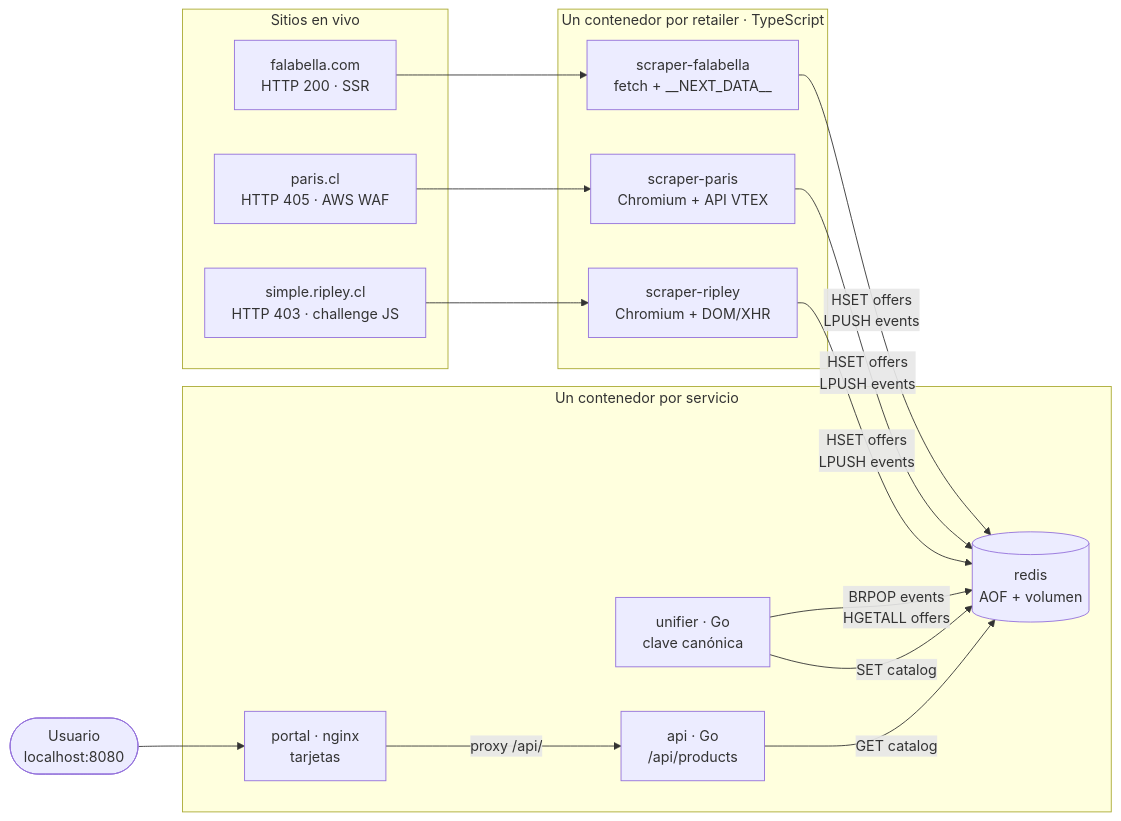
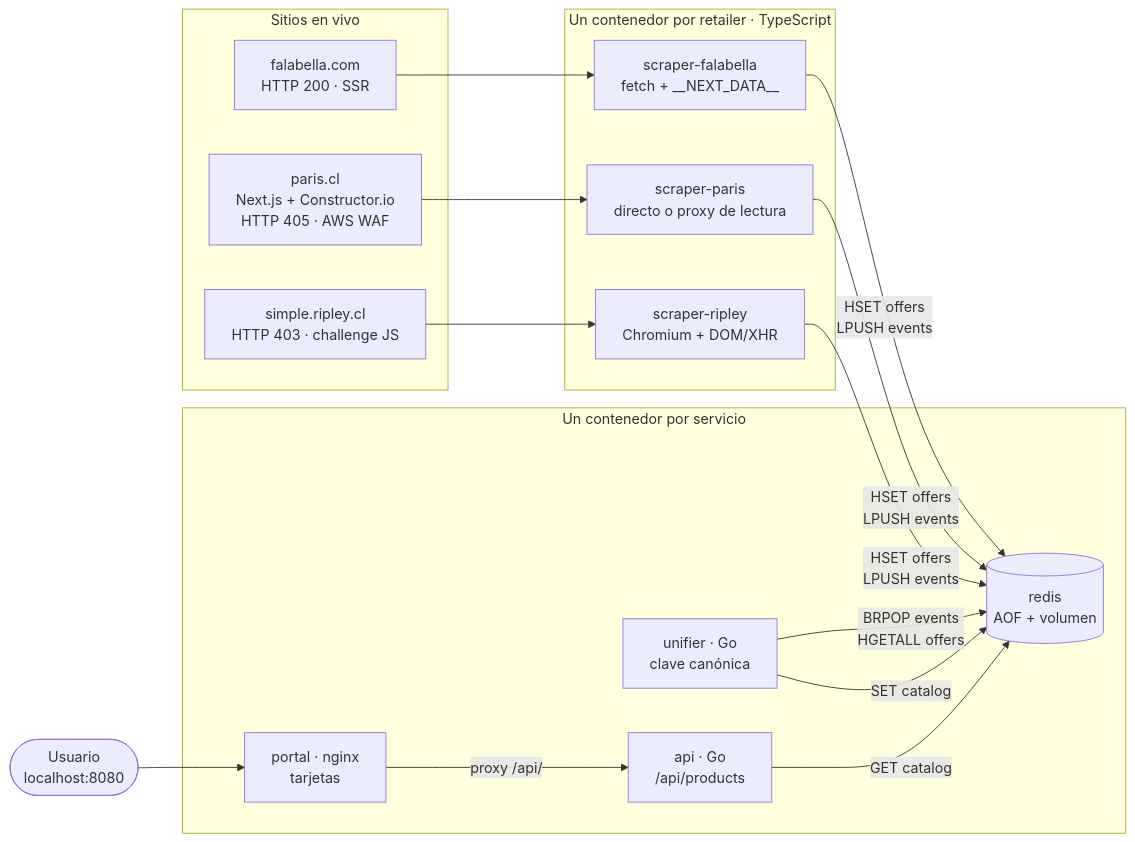
Before and after one commit to sdamianiw/chilecompara: the diagram in README.md, drawn with Mermaid. The commit also changed other lines of this file, not shown here.

Commit message:
README: resultado real con cifras, y Paris movido de bloqueo a resuelto

````diff
--- a/README.md
+++ b/README.md
@@ -34,36 +59,36 @@
 ```mermaid
 flowchart LR
     subgraph sitios["Sitios en vivo"]
         F["falabella.com<br/>HTTP 200 · SSR"]
-        P["paris.cl<br/>HTTP 405 · AWS WAF"]
+        P["paris.cl<br/>Next.js + Constructor.io<br/>HTTP 405 · AWS WAF"]
         R["simple.ripley.cl<br/>HTTP 403 · challenge JS"]
     end
 
     subgraph nodos["Un contenedor por retailer · TypeScript"]
         SF["scraper-falabella<br/>fetch + __NEXT_DATA__"]
-        SP["scraper-paris<br/>Chromium + API VTEX"]
+        SP["scraper-paris<br/>directo o proxy de lectura"]
         SR["scraper-ripley<br/>Chromium + DOM/XHR"]
     end
 
     subgraph servicios["Un contenedor por servicio"]
         RD[("redis<br/>AOF + volumen")]
         UN["unifier · Go<br/>clave canónica"]
         AP["api · Go<br/>/api/products"]
         PO["portal · nginx<br/>tarjetas"]
     end
 
     F --> SF
     P --> SP
     R --> SR
 
     SF -->|"HSET offers<br/>LPUSH events"| RD
     SP -->|"HSET offers<br/>LPUSH events"| RD
     SR -->|"HSET offers<br/>LPUSH events"| RD
 
     UN -->|"BRPOP events<br/>HGETALL offers"| RD
     UN -->|"SET catalog"| RD
     AP -->|"GET catalog"| RD
     PO -->|"proxy /api/"| AP
 
     USER(["Usuario<br/>localhost:8080"]) --> PO
 ```
````
